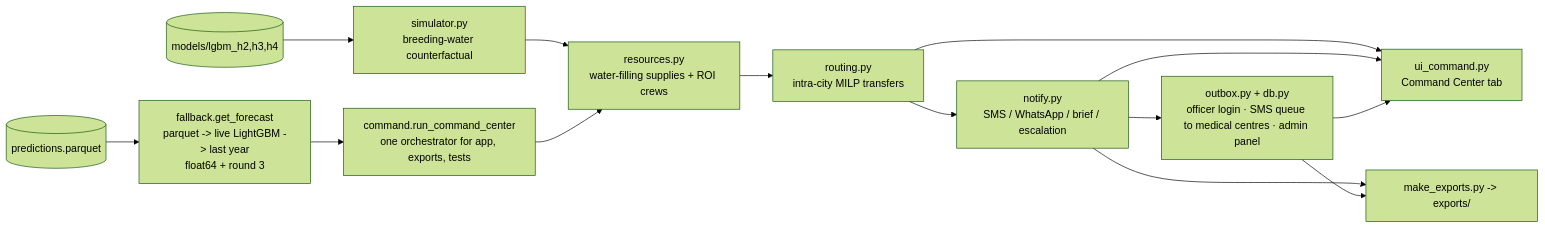
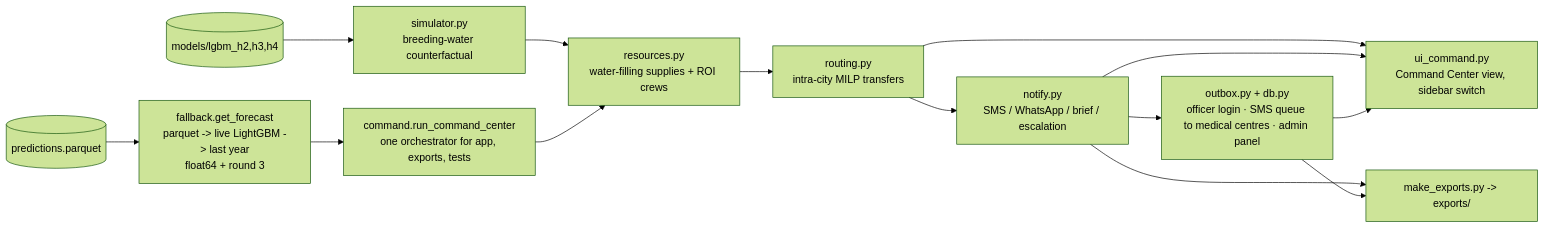
The second of 2 diagrams in ARCHITECTURE.md (fahim75755/HACKATHON-26), drawn with Mermaid (forest theme) before and after one commit. The commit also changed other lines of this file and 3 other files, not shown here.

First line of the commit message:
version-onsite-final: Command Center in the sidebar, remove the top info strip

````diff
--- a/ARCHITECTURE.md
+++ b/ARCHITECTURE.md
@@ -130,15 +130,15 @@
 ```mermaid
 flowchart LR
     P[(predictions.parquet)] --> F[fallback.get_forecast<br/>parquet -> live LightGBM -> last year<br/>float64 + round 3]
     F --> C[command.run_command_center<br/>one orchestrator for app, exports, tests]
     M[(models/lgbm_h2,h3,h4)] --> S[simulator.py<br/>breeding-water counterfactual]
     S --> R1[resources.py<br/>water-filling supplies + ROI crews]
     C --> R1 --> R2[routing.py<br/>intra-city MILP transfers]
-    R2 --> U[ui_command.py<br/>Command Center tab]
+    R2 --> U[ui_command.py<br/>Command Center view, sidebar switch]
     R2 --> N[notify.py<br/>SMS / WhatsApp / brief / escalation]
     N --> U
     N --> E[make_exports.py -> exports/]
     N --> O[outbox.py + db.py<br/>officer login · SMS queue to medical centres · admin panel]
     O --> U
     O --> E
 ```
````
